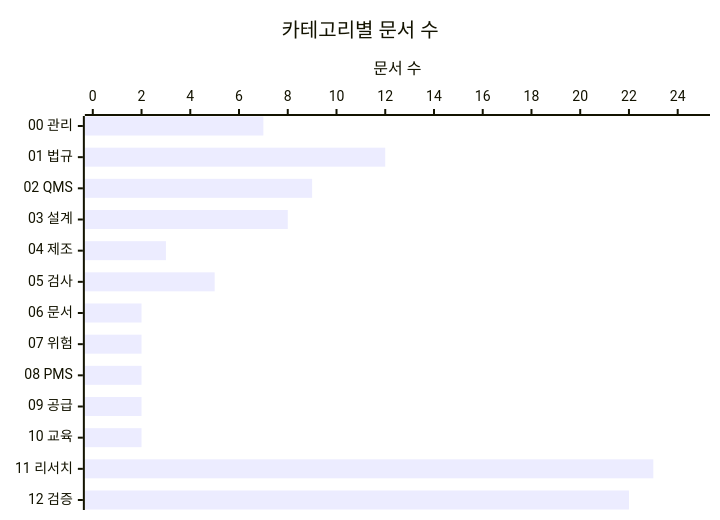
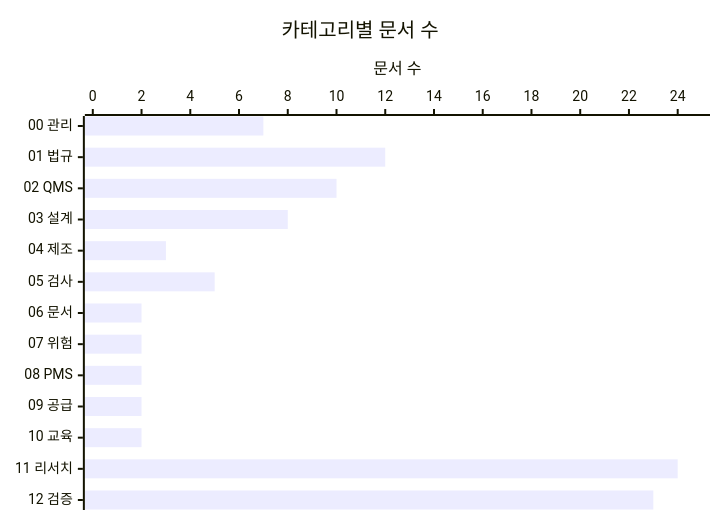
Before and after one commit to holee9/MD-process: the second of 4 diagrams in README.md, drawn with Mermaid. The commit also changed other lines of this file, not shown here.

````diff
--- a/README.md
+++ b/README.md
@@ -97,8 +97,8 @@
 ```mermaid
 %%{init: {"theme":"default"}}%%
 xychart-beta horizontal
     title "카테고리별 문서 수"
     x-axis ["00 관리", "01 법규", "02 QMS", "03 설계", "04 제조", "05 검사", "06 문서", "07 위험", "08 PMS", "09 공급", "10 교육", "11 리서치", "12 검증"]
     y-axis "문서 수" 0 --> 25
-    bar [7, 12, 9, 8, 3, 5, 2, 2, 2, 2, 2, 23, 22]
+    bar [7, 12, 10, 8, 3, 5, 2, 2, 2, 2, 2, 24, 23]
 ```
````
